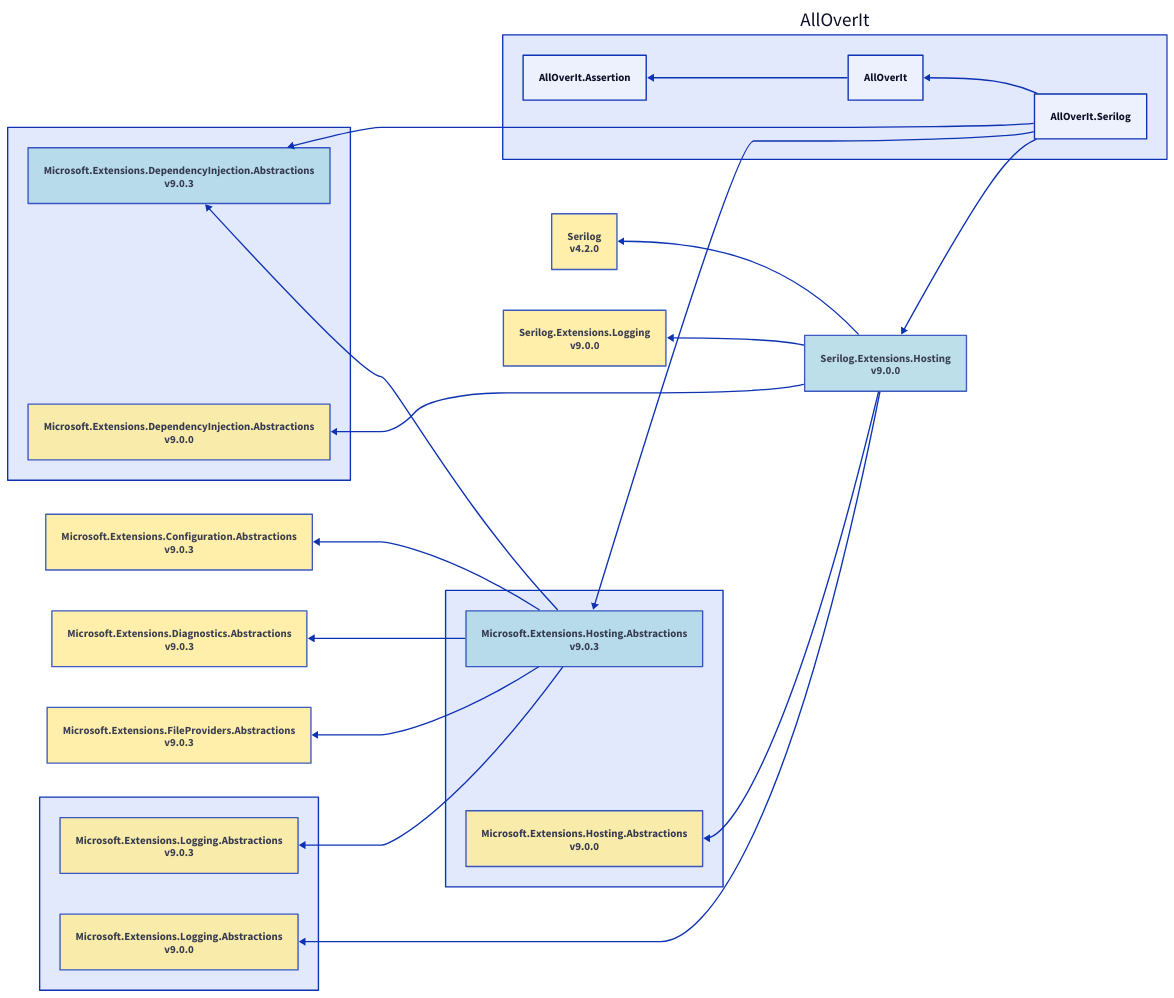
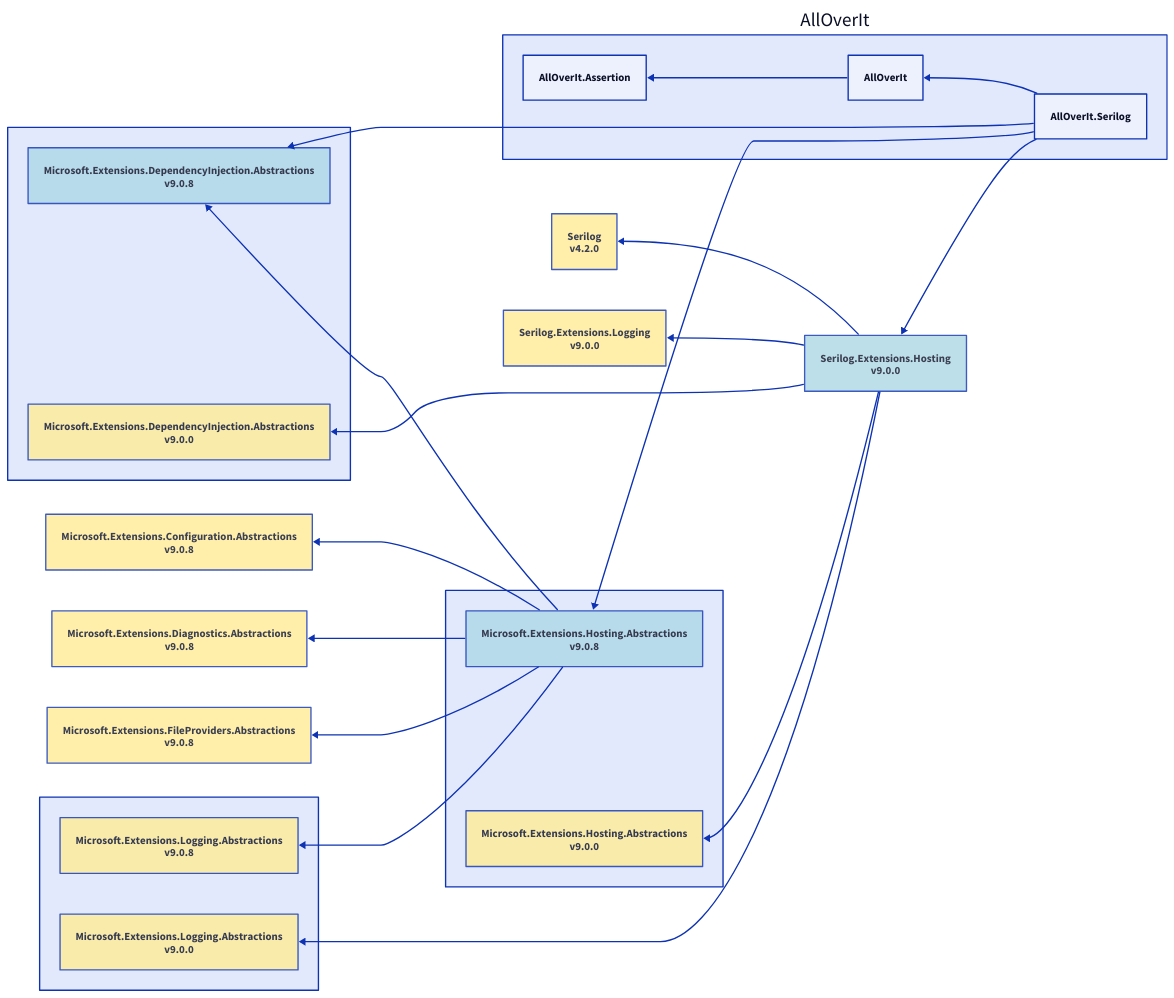
Before and after one commit to mjfreelancing/AllOverIt: the diagram in Docs/Reference/Content/images/dependencies/net8.0/alloverit-serilog.d2, drawn with D2. The commit also changed 106 other files, not shown here.

Commit message:
v8.2.1 - Update packages and diagrams (#145)

```diff
--- a/Docs/Reference/Content/images/dependencies/net8.0/alloverit-serilog.d2
+++ b/Docs/Reference/Content/images/dependencies/net8.0/alloverit-serilog.d2
@@ -1,60 +1,60 @@
 direction: left
 
 aoi: AllOverIt
 aoi.alloverit-serilog: AllOverIt.Serilog
 microsoft-extensions-dependencyinjection-abstractions-group: ""
-microsoft-extensions-dependencyinjection-abstractions-group.microsoft-extensions-dependencyinjection-abstractions_9-0-3: Microsoft.Extensions.DependencyInjection.Abstractions\nv9.0.3
-microsoft-extensions-dependencyinjection-abstractions-group.microsoft-extensions-dependencyinjection-abstractions_9-0-3.style.fill: "#ADD8E6"
-microsoft-extensions-dependencyinjection-abstractions-group.microsoft-extensions-dependencyinjection-abstractions_9-0-3.style.opacity: 0.8
-microsoft-extensions-dependencyinjection-abstractions-group.microsoft-extensions-dependencyinjection-abstractions_9-0-3 <- aoi.alloverit-serilog
+microsoft-extensions-dependencyinjection-abstractions-group.microsoft-extensions-dependencyinjection-abstractions_9-0-8: Microsoft.Extensions.DependencyInjection.Abstractions\nv9.0.8
+microsoft-extensions-dependencyinjection-abstractions-group.microsoft-extensions-dependencyinjection-abstractions_9-0-8.style.fill: "#ADD8E6"
+microsoft-extensions-dependencyinjection-abstractions-group.microsoft-extensions-dependencyinjection-abstractions_9-0-8.style.opacity: 0.8
+microsoft-extensions-dependencyinjection-abstractions-group.microsoft-extensions-dependencyinjection-abstractions_9-0-8 <- aoi.alloverit-serilog
 microsoft-extensions-hosting-abstractions-group: ""
-microsoft-extensions-hosting-abstractions-group.microsoft-extensions-hosting-abstractions_9-0-3: Microsoft.Extensions.Hosting.Abstractions\nv9.0.3
-microsoft-extensions-hosting-abstractions-group.microsoft-extensions-hosting-abstractions_9-0-3.style.fill: "#ADD8E6"
-microsoft-extensions-hosting-abstractions-group.microsoft-extensions-hosting-abstractions_9-0-3.style.opacity: 0.8
-microsoft-extensions-configuration-abstractions_9-0-3: Microsoft.Extensions.Configuration.Abstractions\nv9.0.3
-microsoft-extensions-configuration-abstractions_9-0-3.style.fill: "#FFEC96"
-microsoft-extensions-configuration-abstractions_9-0-3.style.opacity: 0.8
-microsoft-extensions-configuration-abstractions_9-0-3 <- microsoft-extensions-hosting-abstractions-group.microsoft-extensions-hosting-abstractions_9-0-3
-microsoft-extensions-dependencyinjection-abstractions-group.microsoft-extensions-dependencyinjection-abstractions_9-0-3 <- microsoft-extensions-hosting-abstractions-group.microsoft-extensions-hosting-abstractions_9-0-3
-microsoft-extensions-diagnostics-abstractions_9-0-3: Microsoft.Extensions.Diagnostics.Abstractions\nv9.0.3
-microsoft-extensions-diagnostics-abstractions_9-0-3.style.fill: "#FFEC96"
-microsoft-extensions-diagnostics-abstractions_9-0-3.style.opacity: 0.8
-microsoft-extensions-diagnostics-abstractions_9-0-3 <- microsoft-extensions-hosting-abstractions-group.microsoft-extensions-hosting-abstractions_9-0-3
-microsoft-extensions-fileproviders-abstractions_9-0-3: Microsoft.Extensions.FileProviders.Abstractions\nv9.0.3
-microsoft-extensions-fileproviders-abstractions_9-0-3.style.fill: "#FFEC96"
-microsoft-extensions-fileproviders-abstractions_9-0-3.style.opacity: 0.8
-microsoft-extensions-fileproviders-abstractions_9-0-3 <- microsoft-extensions-hosting-abstractions-group.microsoft-extensions-hosting-abstractions_9-0-3
+microsoft-extensions-hosting-abstractions-group.microsoft-extensions-hosting-abstractions_9-0-8: Microsoft.Extensions.Hosting.Abstractions\nv9.0.8
+microsoft-extensions-hosting-abstractions-group.microsoft-extensions-hosting-abstractions_9-0-8.style.fill: "#ADD8E6"
+microsoft-extensions-hosting-abstractions-group.microsoft-extensions-hosting-abstractions_9-0-8.style.opacity: 0.8
+microsoft-extensions-configuration-abstractions_9-0-8: Microsoft.Extensions.Configuration.Abstractions\nv9.0.8
+microsoft-extensions-configuration-abstractions_9-0-8.style.fill: "#FFEC96"
+microsoft-extensions-configuration-abstractions_9-0-8.style.opacity: 0.8
+microsoft-extensions-configuration-abstractions_9-0-8 <- microsoft-extensions-hosting-abstractions-group.microsoft-extensions-hosting-abstractions_9-0-8
+microsoft-extensions-dependencyinjection-abstractions-group.microsoft-extensions-dependencyinjection-abstractions_9-0-8 <- microsoft-extensions-hosting-abstractions-group.microsoft-extensions-hosting-abstractions_9-0-8
+microsoft-extensions-diagnostics-abstractions_9-0-8: Microsoft.Extensions.Diagnostics.Abstractions\nv9.0.8
+microsoft-extensions-diagnostics-abstractions_9-0-8.style.fill: "#FFEC96"
+microsoft-extensions-diagnostics-abstractions_9-0-8.style.opacity: 0.8
+microsoft-extensions-diagnostics-abstractions_9-0-8 <- microsoft-extensions-hosting-abstractions-group.microsoft-extensions-hosting-abstractions_9-0-8
+microsoft-extensions-fileproviders-abstractions_9-0-8: Microsoft.Extensions.FileProviders.Abstractions\nv9.0.8
+microsoft-extensions-fileproviders-abstractions_9-0-8.style.fill: "#FFEC96"
+microsoft-extensions-fileproviders-abstractions_9-0-8.style.opacity: 0.8
+microsoft-extensions-fileproviders-abstractions_9-0-8 <- microsoft-extensions-hosting-abstractions-group.microsoft-extensions-hosting-abstractions_9-0-8
 microsoft-extensions-logging-abstractions-group: ""
-microsoft-extensions-logging-abstractions-group.microsoft-extensions-logging-abstractions_9-0-3: Microsoft.Extensions.Logging.Abstractions\nv9.0.3
-microsoft-extensions-logging-abstractions-group.microsoft-extensions-logging-abstractions_9-0-3.style.fill: "#FFEC96"
-microsoft-extensions-logging-abstractions-group.microsoft-extensions-logging-abstractions_9-0-3.style.opacity: 0.8
-microsoft-extensions-logging-abstractions-group.microsoft-extensions-logging-abstractions_9-0-3 <- microsoft-extensions-hosting-abstractions-group.microsoft-extensions-hosting-abstractions_9-0-3
-microsoft-extensions-hosting-abstractions-group.microsoft-extensions-hosting-abstractions_9-0-3 <- aoi.alloverit-serilog
+microsoft-extensions-logging-abstractions-group.microsoft-extensions-logging-abstractions_9-0-8: Microsoft.Extensions.Logging.Abstractions\nv9.0.8
+microsoft-extensions-logging-abstractions-group.microsoft-extensions-logging-abstractions_9-0-8.style.fill: "#FFEC96"
+microsoft-extensions-logging-abstractions-group.microsoft-extensions-logging-abstractions_9-0-8.style.opacity: 0.8
+microsoft-extensions-logging-abstractions-group.microsoft-extensions-logging-abstractions_9-0-8 <- microsoft-extensions-hosting-abstractions-group.microsoft-extensions-hosting-abstractions_9-0-8
+microsoft-extensions-hosting-abstractions-group.microsoft-extensions-hosting-abstractions_9-0-8 <- aoi.alloverit-serilog
 serilog-extensions-hosting_9-0-0: Serilog.Extensions.Hosting\nv9.0.0
 serilog-extensions-hosting_9-0-0.style.fill: "#ADD8E6"
 serilog-extensions-hosting_9-0-0.style.opacity: 0.8
 microsoft-extensions-dependencyinjection-abstractions-group.microsoft-extensions-dependencyinjection-abstractions_9-0-0: Microsoft.Extensions.DependencyInjection.Abstractions\nv9.0.0
 microsoft-extensions-dependencyinjection-abstractions-group.microsoft-extensions-dependencyinjection-abstractions_9-0-0.style.fill: "#FFEC96"
 microsoft-extensions-dependencyinjection-abstractions-group.microsoft-extensions-dependencyinjection-abstractions_9-0-0.style.opacity: 0.8
 microsoft-extensions-dependencyinjection-abstractions-group.microsoft-extensions-dependencyinjection-abstractions_9-0-0 <- serilog-extensions-hosting_9-0-0
 microsoft-extensions-hosting-abstractions-group.microsoft-extensions-hosting-abstractions_9-0-0: Microsoft.Extensions.Hosting.Abstractions\nv9.0.0
 microsoft-extensions-hosting-abstractions-group.microsoft-extensions-hosting-abstractions_9-0-0.style.fill: "#FFEC96"
 microsoft-extensions-hosting-abstractions-group.microsoft-extensions-hosting-abstractions_9-0-0.style.opacity: 0.8
 microsoft-extensions-hosting-abstractions-group.microsoft-extensions-hosting-abstractions_9-0-0 <- serilog-extensions-hosting_9-0-0
 microsoft-extensions-logging-abstractions-group.microsoft-extensions-logging-abstractions_9-0-0: Microsoft.Extensions.Logging.Abstractions\nv9.0.0
 microsoft-extensions-logging-abstractions-group.microsoft-extensions-logging-abstractions_9-0-0.style.fill: "#FFEC96"
 microsoft-extensions-logging-abstractions-group.microsoft-extensions-logging-abstractions_9-0-0.style.opacity: 0.8
 microsoft-extensions-logging-abstractions-group.microsoft-extensions-logging-abstractions_9-0-0 <- serilog-extensions-hosting_9-0-0
 serilog_4-2-0: Serilog\nv4.2.0
 serilog_4-2-0.style.fill: "#FFEC96"
 serilog_4-2-0.style.opacity: 0.8
 serilog_4-2-0 <- serilog-extensions-hosting_9-0-0
 serilog-extensions-logging_9-0-0: Serilog.Extensions.Logging\nv9.0.0
 serilog-extensions-logging_9-0-0.style.fill: "#FFEC96"
 serilog-extensions-logging_9-0-0.style.opacity: 0.8
 serilog-extensions-logging_9-0-0 <- serilog-extensions-hosting_9-0-0
 serilog-extensions-hosting_9-0-0 <- aoi.alloverit-serilog
 aoi.alloverit: AllOverIt
 aoi.alloverit-assertion: AllOverIt.Assertion
 aoi.alloverit-assertion <- aoi.alloverit
 aoi.alloverit <- aoi.alloverit-serilog
```
